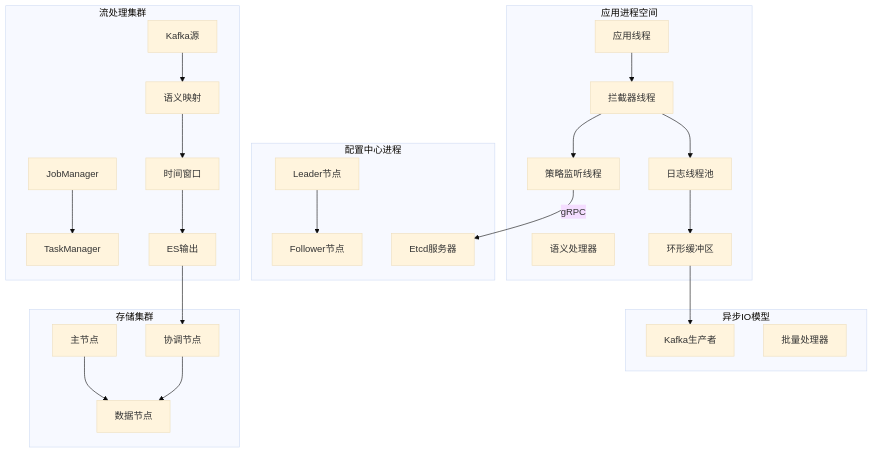
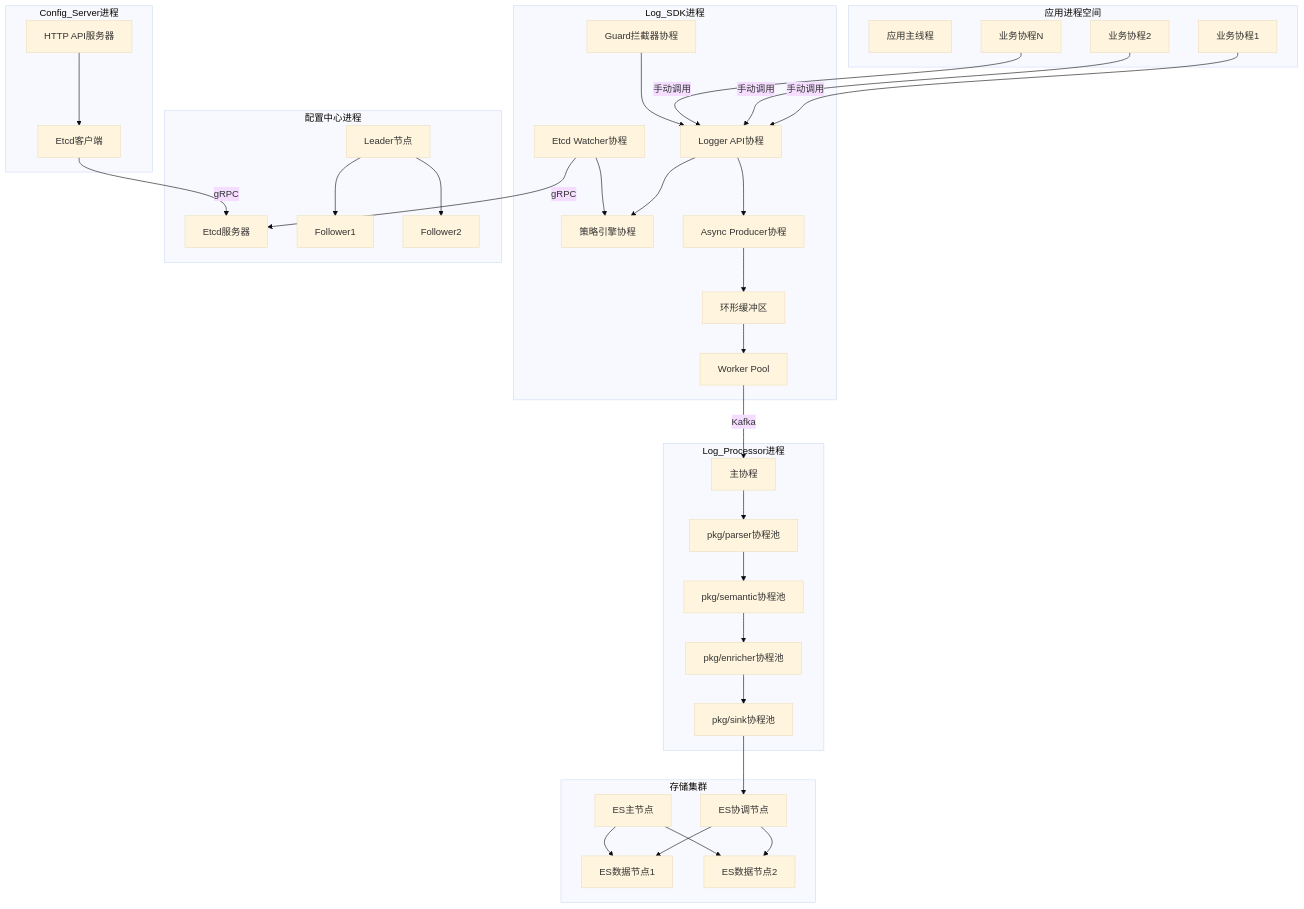
One commit to RZYN2020/logos changed the second of 5 diagrams in docs/thesis.md. Above: the diagram before and after it, drawn with Mermaid (base theme). The commit also changed other lines of this file and 18 other files, not shown here.

Commit message:
Add log-processor and refactor SDK

````diff
--- a/docs/thesis.md
+++ b/docs/thesis.md
@@ -107,53 +206,73 @@
 ```mermaid
 graph TB
     subgraph 应用进程空间
-        APP[应用线程]
-        GUARD[拦截器线程]
-        STRATEGY[策略监听线程]
-        LOGGER[日志线程池]
-        SEMANTIC[语义处理器]
-        BUFFER[环形缓冲区]
+        APP[应用主线程]
+        GOROUTINE1[业务协程1]
+        GOROUTINE2[业务协程2]
+        GOROUTINE3[业务协程N]
     end
 
-    subgraph 异步IO模型
-        PRODUCER[Kafka生产者]
-        BATCHER[批量处理器]
+    subgraph Log_SDK进程
+        LOGGER[Logger API协程]
+        GUARD[Guard拦截器协程]
+        STRATEGY[策略引擎协程]
+        WATCHER[Etcd Watcher协程]
+        PRODUCER[Async Producer协程]
+        WORKER_POOL[Worker Pool]
+        BUFFER[环形缓冲区]
     end
 
     subgraph 配置中心进程
         ETCD[Etcd服务器]
         LEADER[Leader节点]
-        FOLLOWER[Follower节点]
+        FOLLOWER1[Follower1]
+        FOLLOWER2[Follower2]
     end
 
-    subgraph 流处理集群
-        JM[JobManager]
-        TM[TaskManager]
-        SOURCE[Kafka源]
-        MAP[语义映射]
-        WINDOW[时间窗口]
-        SINK[ES输出]
+    subgraph Config_Server进程
+        CONFIG_API[HTTP API服务器]
+        ETCD_CLIENT[Etcd客户端]
+    end
+
+    subgraph Log_Processor进程
+        PROCESSOR_MAIN[主协程]
+        PARSER[pkg/parser协程池]
+        SEMANTIC[pkg/semantic协程池]
+        ENRICHER[pkg/enricher协程池]
+        SINK[pkg/sink协程池]
     end
 
     subgraph 存储集群
-        ES_MASTER[主节点]
-        ES_DATA[数据节点]
-        ES_COORD[协调节点]
+        ES_MASTER[ES主节点]
+        ES_DATA1[ES数据节点1]
+        ES_DATA2[ES数据节点2]
+        ES_COORD[ES协调节点]
     end
 
-    APP --> GUARD
-    GUARD --> STRATEGY
+    GOROUTINE1 -->|手动调用| LOGGER
+    GOROUTINE2 -->|手动调用| LOGGER
+    GOROUTINE3 -->|手动调用| LOGGER
     GUARD --> LOGGER
-    LOGGER --> BUFFER
-    BUFFER --> PRODUCER
 
-    STRATEGY -->|gRPC| ETCD
-    LEADER --> FOLLOWER
+    LOGGER --> STRATEGY
+    LOGGER --> PRODUCER
+    PRODUCER --> BUFFER
+    BUFFER --> WORKER_POOL
+    WATCHER --> STRATEGY
+    WATCHER -->|gRPC| ETCD
 
-    JM --> TM
-    SOURCE --> MAP --> WINDOW --> SINK
+    LEADER --> FOLLOWER1
+    LEADER --> FOLLOWER2
+
+    CONFIG_API --> ETCD_CLIENT
+    ETCD_CLIENT -->|gRPC| ETCD
+
+    WORKER_POOL -->|Kafka| PROCESSOR_MAIN
+    PROCESSOR_MAIN --> PARSER --> SEMANTIC --> ENRICHER --> SINK
 
     SINK --> ES_COORD
-    ES_COORD --> ES_DATA
-    ES_MASTER --> ES_DATA
+    ES_COORD --> ES_DATA1
+    ES_COORD --> ES_DATA2
+    ES_MASTER --> ES_DATA1
+    ES_MASTER --> ES_DATA2
 ```
````
